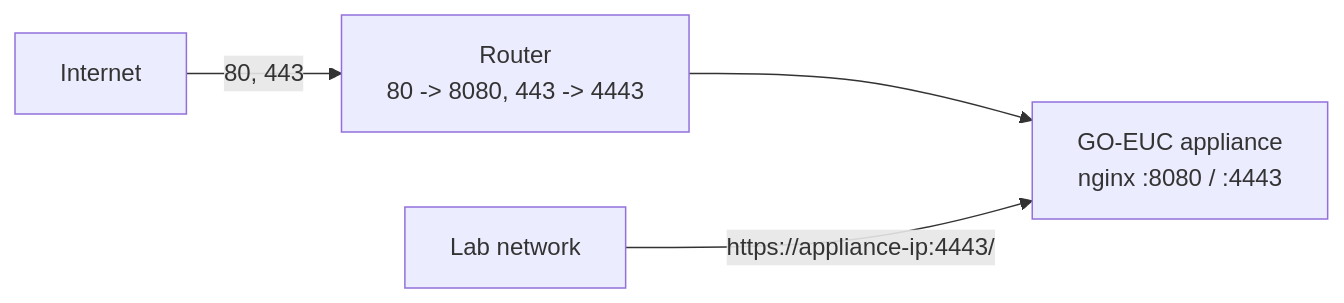
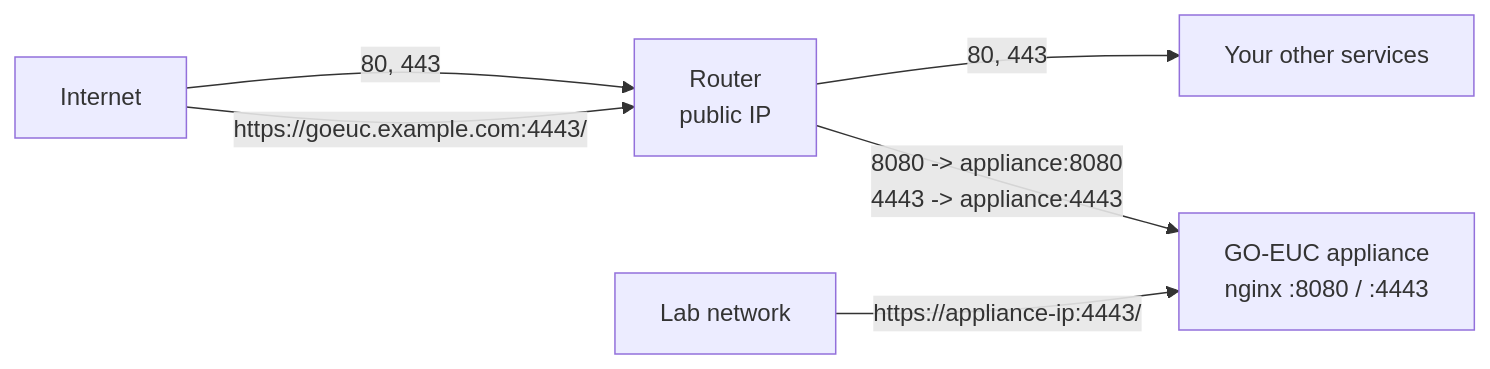
Before and after one commit to GO-EUC/Influx_grafana_deploy: the third of 3 diagrams in docs/external-access.md, drawn with Mermaid. The commit also changed other lines of this file and 16 other files, not shown here.

````diff
--- a/docs/external-access.md
+++ b/docs/external-access.md
@@ -144,6 +128,8 @@
 ```mermaid
 flowchart LR
-    internet["Internet"] -- "80, 443" --> router["Router<br/>80 -> 8080, 443 -> 4443"]
-    router --> appliance["GO-EUC appliance<br/>nginx :8080 / :4443"]
+    internet["Internet"] -- "80, 443" --> router["Router<br/>public IP"]
+    router -- "80, 443" --> other["Your other services"]
+    internet -- "https://goeuc.example.com:4443/" --> router
+    router -- "8080 -> appliance:8080<br/>4443 -> appliance:4443" --> appliance["GO-EUC appliance<br/>nginx :8080 / :4443"]
     lan["Lab network"] -- "https://appliance-ip:4443/" --> appliance
 ```
````
